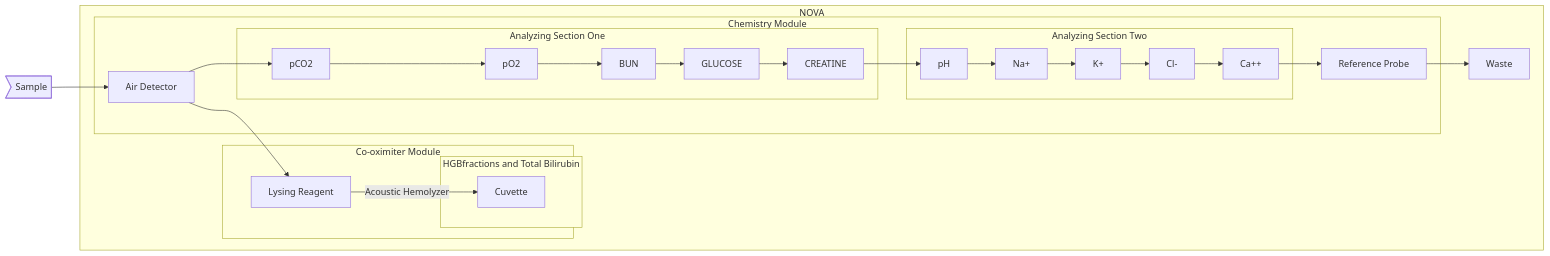
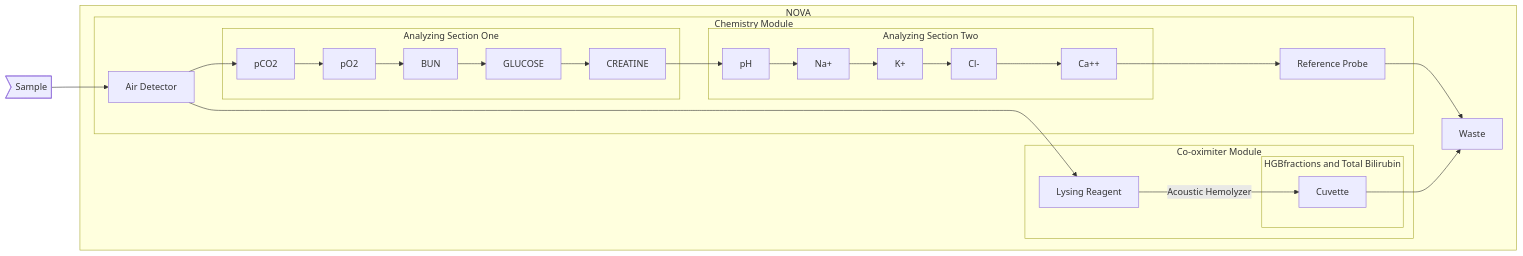
The diagram in Images/Nova.mmd (jgrayson80/study-mdwiki-seed), drawn with Mermaid before and after one commit. The commit also changed 2 other files, not shown here.

```diff
--- a/Images/Nova.mmd
+++ b/Images/Nova.mmd
@@ -1,42 +1,43 @@
 graph LR
 
 A>Sample]-->c1
 
 subgraph NOVA
 
     c1-->B
     B[Lysing Reagent] -->|Acoustic Hemolyzer|C[Cuvette]
     subgraph Co-oximiter Module
         subgraph HGBfractions and Total Bilirubin 
     C
     end
     
     B
     C
     end
 
 subgraph Chemistry Module
 
     c1[Air Detector]
     c1-->aso1
 subgraph Analyzing Section One
     aso1[pCO2]-->aso2[pO2]
     aso2-->aso3[BUN]
     aso3-->aso4[GLUCOSE]
     aso4-->aso5[CREATINE]
 end
 
 subgraph Analyzing Section Two
     aso5-->ast1[pH]
     ast1-->ast2[Na+]
     ast2-->ast3[K+]
     ast3-->ast4[Cl-]
     ast4-->ast5[Ca++]
 end
 
 ast5-->c2[Reference Probe]
 
 end
 
 c2-->W[Waste]
+C-->W
 end
```
